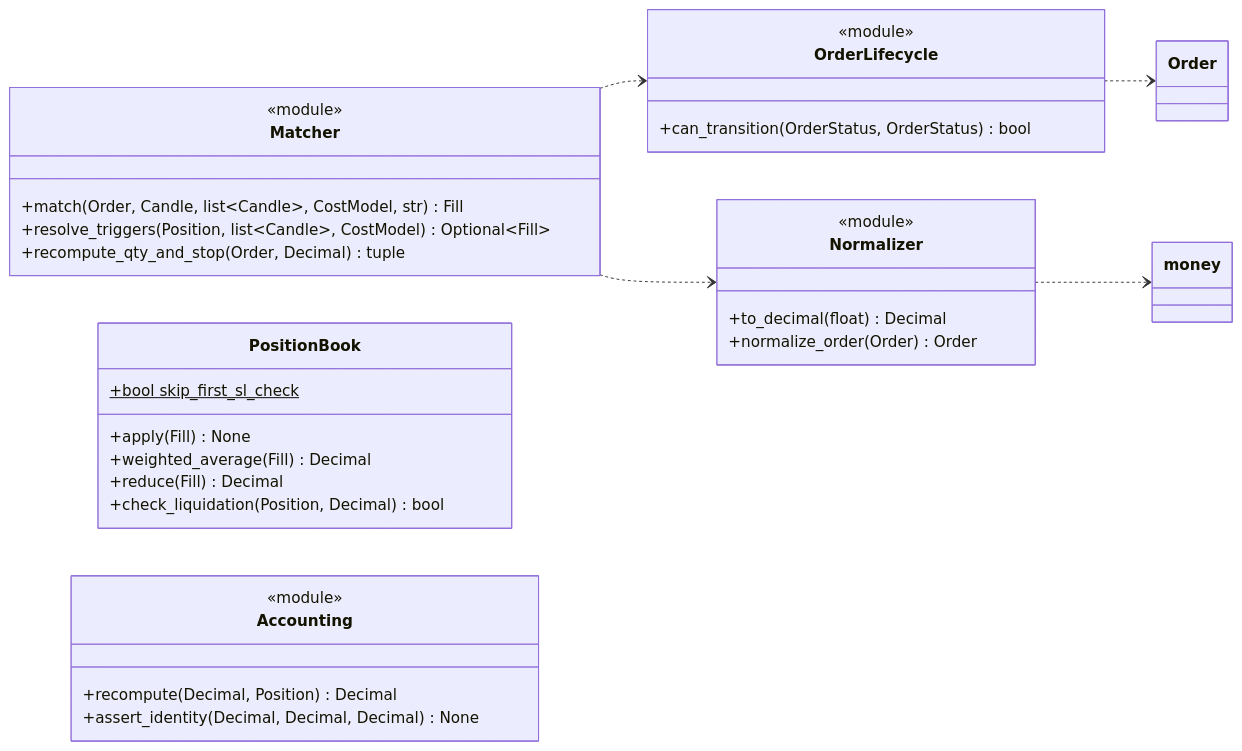
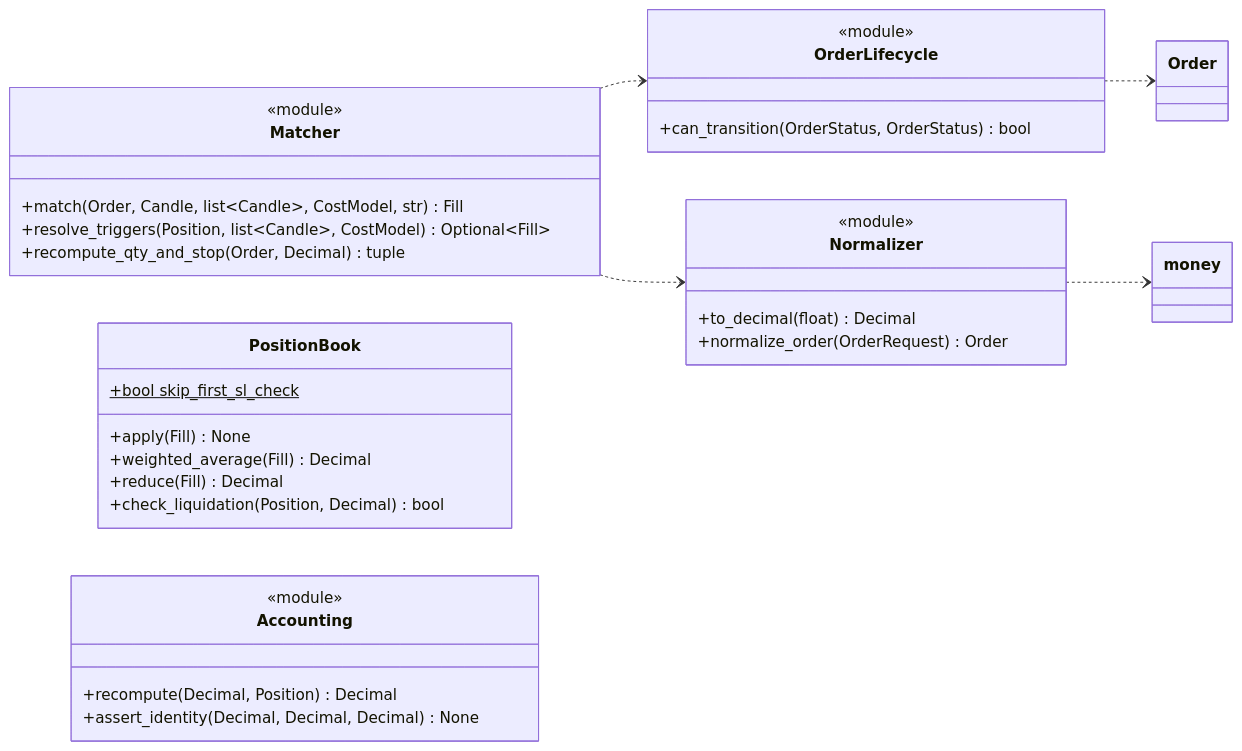
One commit to vessel35/trading-system-v2 changed diagram 12 of 17 in docs/fullspec/backtest_v2_detailed_design.md. Above: the diagram before and after it, drawn with Mermaid. The commit also changed other lines of this file, not shown here.

````diff
--- a/docs/fullspec/backtest_v2_detailed_design.md
+++ b/docs/fullspec/backtest_v2_detailed_design.md
@@ -1852,35 +1888,35 @@
 ```mermaid
 classDiagram
     direction LR
     class OrderLifecycle {
         <<module>>
         +can_transition(OrderStatus, OrderStatus) bool
     }
     class Matcher {
         <<module>>
         +match(Order, Candle, list~Candle~, CostModel, str) Fill
         +resolve_triggers(Position, list~Candle~, CostModel) Optional~Fill~
         +recompute_qty_and_stop(Order, Decimal) tuple
     }
     class PositionBook {
         +apply(Fill) None
         +weighted_average(Fill) Decimal
         +reduce(Fill) Decimal
         +check_liquidation(Position, Decimal) bool
         +bool skip_first_sl_check$
     }
     class Accounting {
         <<module>>
         +recompute(Decimal, Position) Decimal
         +assert_identity(Decimal, Decimal, Decimal) None
     }
     class Normalizer {
         <<module>>
         +to_decimal(float) Decimal
-        +normalize_order(Order) Order
+        +normalize_order(OrderRequest) Order
     }
     Matcher ..> OrderLifecycle
     Matcher ..> Normalizer
     OrderLifecycle ..> Order
     Normalizer ..> money
 ```
````
